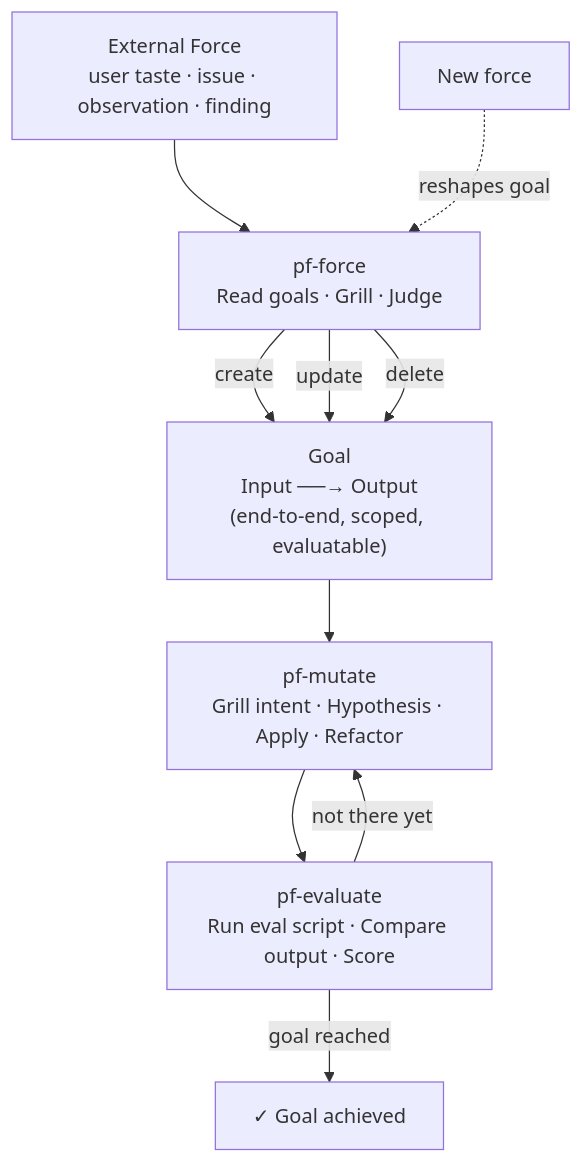
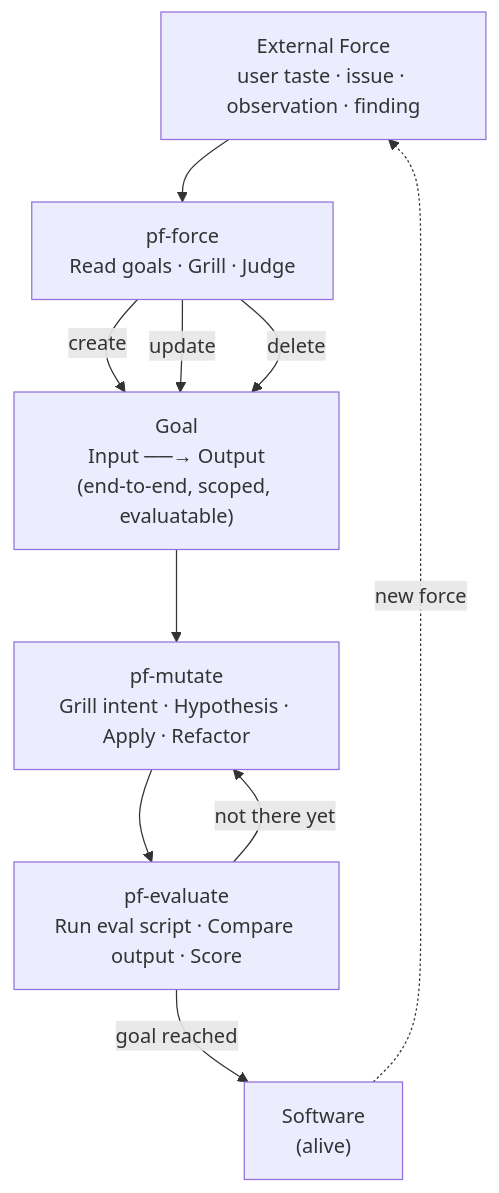
Before and after one commit to Jaeyong-Cho/skills: the diagram in README.md, drawn with Mermaid.

Commit message:
docs(readme): goal reached returns to living software, not done
Software stays alive after a goal is reached — new forces act on it.

````diff
--- a/README.md
+++ b/README.md
@@ -58,19 +58,19 @@
 ```mermaid
 flowchart TD
     F["External Force\nuser taste · issue · observation · finding"]
     F --> PFF["pf-force\nRead goals · Grill · Judge"]
 
     PFF -->|create| G
     PFF -->|update| G
     PFF -->|delete| G
 
     G["Goal\nInput ──→ Output\n(end-to-end, scoped, evaluatable)"]
 
     G --> M["pf-mutate\nGrill intent · Hypothesis · Apply · Refactor"]
     M --> E["pf-evaluate\nRun eval script · Compare output · Score"]
 
     E -->|not there yet| M
-    E -->|goal reached| DONE["✓ Goal achieved"]
+    E -->|goal reached| S["Software\n(alive)"]
 
-    F2["New force"] -.->|reshapes goal| PFF
+    S -.->|new force| F
 ```
````
